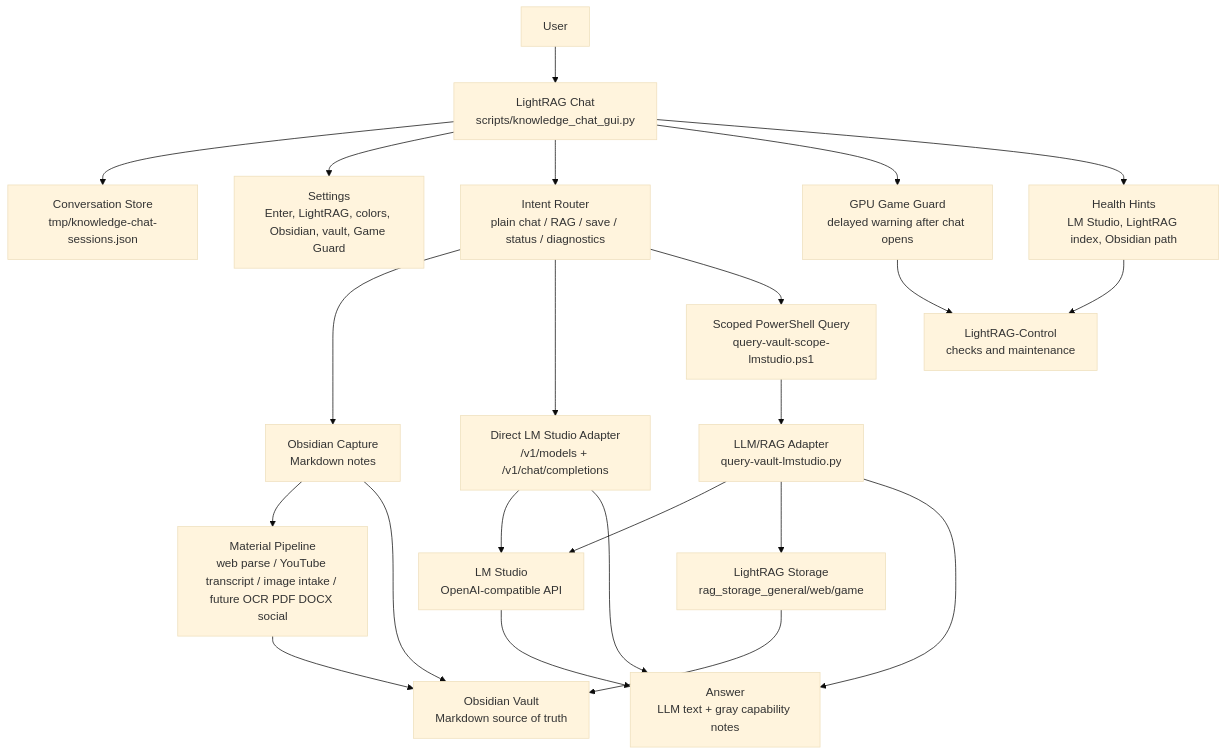
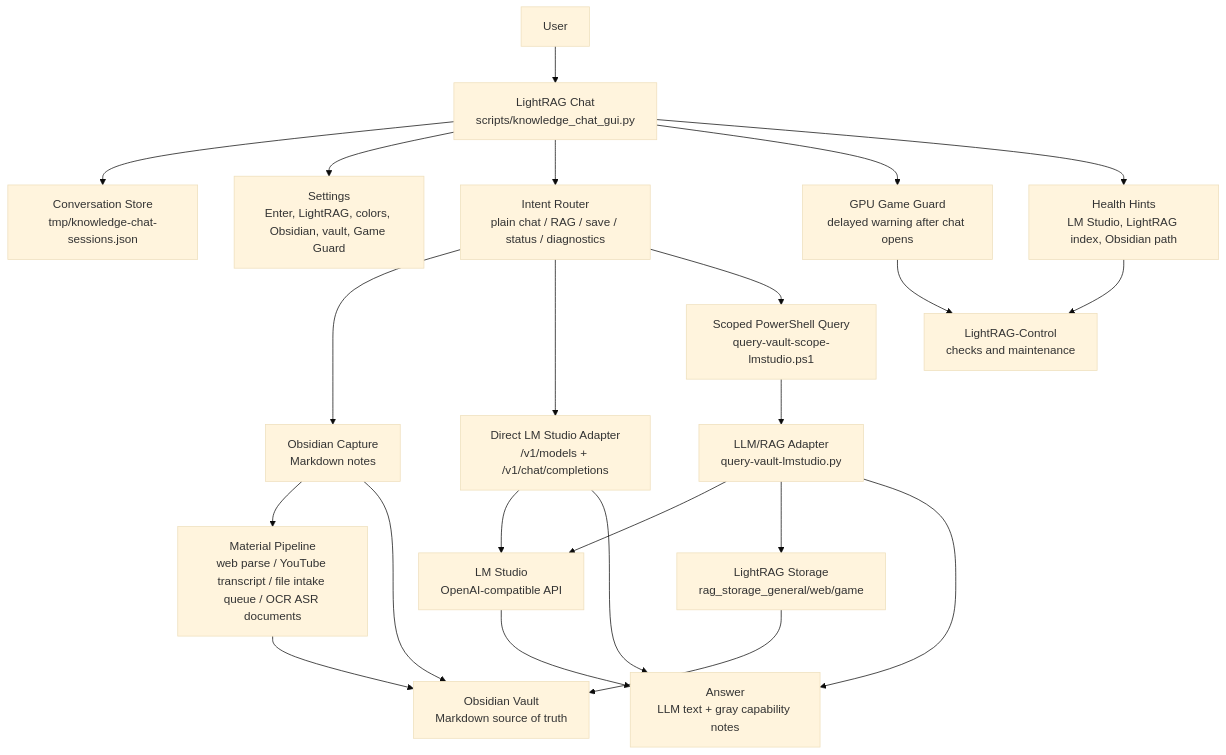
One commit to VxHxS/KnowledgeLab changed the first of 2 diagrams in ARCHITECTURE.md. Above: the diagram before and after it, drawn with Mermaid (base theme). The commit also changed other lines of this file and 3 other files, not shown here.

````diff
--- a/ARCHITECTURE.md
+++ b/ARCHITECTURE.md
@@ -43,43 +46,43 @@
 ```mermaid
 flowchart TD
     User["User"]
     Chat["LightRAG Chat<br/>scripts/knowledge_chat_gui.py"]
     Store["Conversation Store<br/>tmp/knowledge-chat-sessions.json"]
     Settings["Settings<br/>Enter, LightRAG, colors, Obsidian, vault, Game Guard"]
     Router["Intent Router<br/>plain chat / RAG / save / status / diagnostics"]
     Save["Obsidian Capture<br/>Markdown notes"]
-    Pipeline["Material Pipeline<br/>web parse / YouTube transcript / image intake / future OCR PDF DOCX social"]
+    Pipeline["Material Pipeline<br/>web parse / YouTube transcript / file intake queue / OCR ASR documents"]
     Health["Health Hints<br/>LM Studio, LightRAG index, Obsidian path"]
     Guard["GPU Game Guard<br/>delayed warning after chat opens"]
     DirectLM["Direct LM Studio Adapter<br/>/v1/models + /v1/chat/completions"]
     QueryPS["Scoped PowerShell Query<br/>query-vault-scope-lmstudio.ps1"]
     QueryPY["LLM/RAG Adapter<br/>query-vault-lmstudio.py"]
     LightRAG["LightRAG Storage<br/>rag_storage_general/web/game"]
     Vault["Obsidian Vault<br/>Markdown source of truth"]
     LMStudio["LM Studio<br/>OpenAI-compatible API"]
     Control["LightRAG-Control<br/>checks and maintenance"]
     Answer["Answer<br/>LLM text + gray capability notes"]
 
     User --> Chat
     Chat --> Store
     Chat --> Settings
     Chat --> Router
     Router --> Save
     Save --> Pipeline
     Pipeline --> Vault
     Save --> Vault
     Router --> DirectLM
     DirectLM --> LMStudio
     DirectLM --> Answer
     Router --> QueryPS
     QueryPS --> QueryPY
     QueryPY --> LMStudio
     QueryPY --> LightRAG
     LightRAG --> Vault
     QueryPY --> Answer
     LMStudio --> Answer
     Chat --> Guard
     Chat --> Health
     Health --> Control
     Guard --> Control
 ```
````
